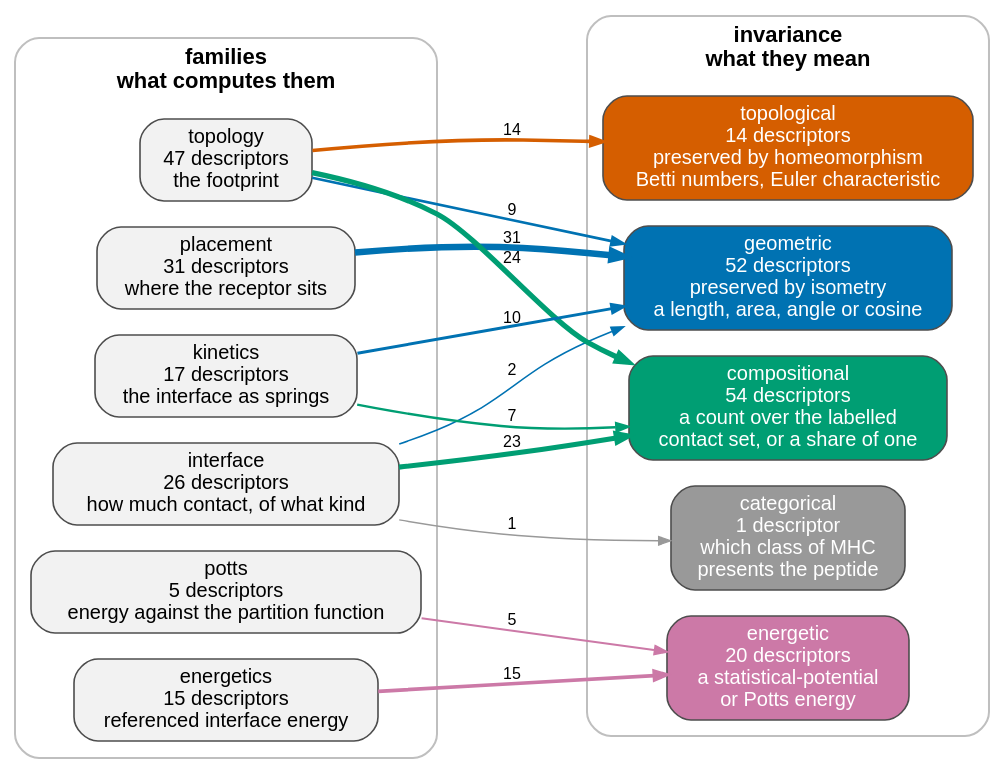
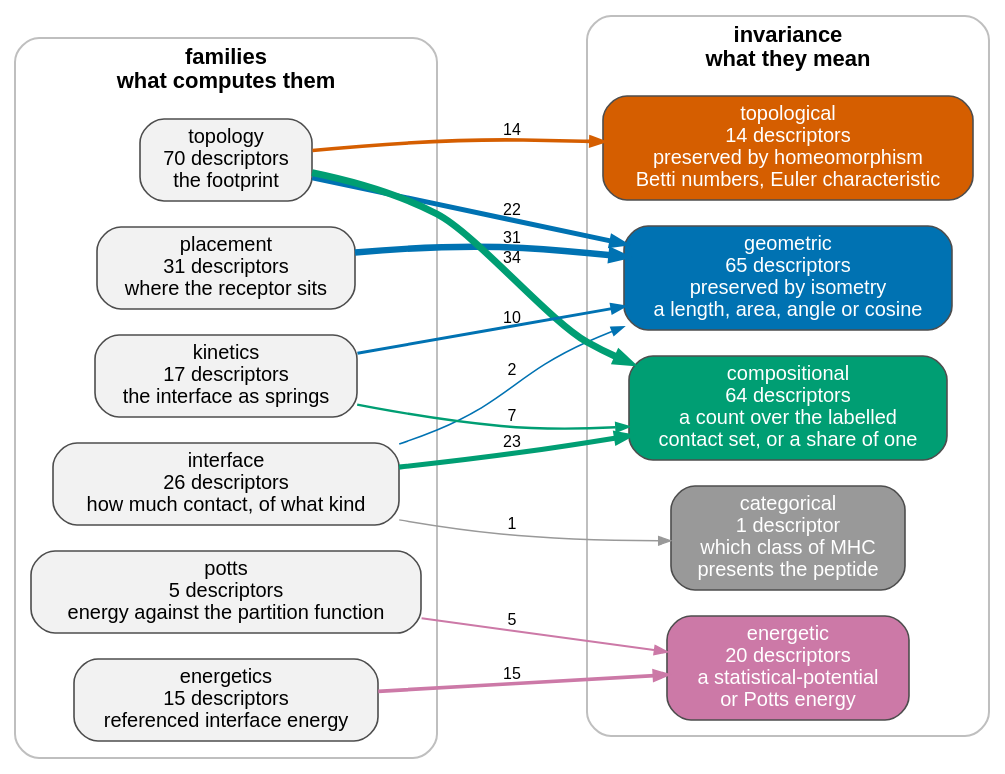
The diagram in docs/_static/descriptor_families.dot (antigenomics/tcren), drawn with Graphviz before and after one commit. The commit also changed 15 other files, not shown here.

```diff
--- a/docs/_static/descriptor_families.dot
+++ b/docs/_static/descriptor_families.dot
@@ -1,42 +1,42 @@
 // GENERATED by scripts/gen_family_graph.py -- do not edit.
 digraph descriptor_families {
   rankdir=LR; bgcolor="transparent"; splines=true; nodesep=0.18; ranksep=1.1;
   node [shape=box, style="rounded,filled", fontname="Helvetica", fontsize=10,
         color="#4D4D4D", penwidth=0.8];
   edge [fontname="Helvetica", fontsize=8, color="#4D4D4D", arrowsize=0.6];
 
   // what produces them: one pass of one command per family
   subgraph cluster_family {
     label="families\nwhat computes them"; fontname="Helvetica-Bold"; fontsize=11;
     color="#BFBFBF"; style=rounded;
     "placement" [fillcolor="#F2F2F2", label="placement\n31 descriptors\nwhere the receptor sits"];
     "interface" [fillcolor="#F2F2F2", label="interface\n26 descriptors\nhow much contact, of what kind"];
-    "topology" [fillcolor="#F2F2F2", label="topology\n47 descriptors\nthe footprint"];
+    "topology" [fillcolor="#F2F2F2", label="topology\n70 descriptors\nthe footprint"];
     "energetics" [fillcolor="#F2F2F2", label="energetics\n15 descriptors\nreferenced interface energy"];
     "potts" [fillcolor="#F2F2F2", label="potts\n5 descriptors\nenergy against the partition function"];
     "kinetics" [fillcolor="#F2F2F2", label="kinetics\n17 descriptors\nthe interface as springs"];
   }
 
   // what they mean: the invariance the quantity is defined up to
   subgraph cluster_class {
     label="invariance\nwhat they mean"; fontname="Helvetica-Bold"; fontsize=11;
     color="#BFBFBF"; style=rounded;
-    "geometric" [fillcolor="#0072B2", fontcolor="white", label="geometric\n52 descriptors\npreserved by isometry\na length, area, angle or cosine"];
+    "geometric" [fillcolor="#0072B2", fontcolor="white", label="geometric\n65 descriptors\npreserved by isometry\na length, area, angle or cosine"];
     "topological" [fillcolor="#D55E00", fontcolor="white", label="topological\n14 descriptors\npreserved by homeomorphism\nBetti numbers, Euler characteristic"];
-    "compositional" [fillcolor="#009E73", fontcolor="white", label="compositional\n54 descriptors\na count over the labelled\ncontact set, or a share of one"];
+    "compositional" [fillcolor="#009E73", fontcolor="white", label="compositional\n64 descriptors\na count over the labelled\ncontact set, or a share of one"];
     "energetic" [fillcolor="#CC79A7", fontcolor="white", label="energetic\n20 descriptors\na statistical-potential\nor Potts energy"];
     "categorical" [fillcolor="#999999", fontcolor="white", label="categorical\n1 descriptor\nwhich class of MHC\npresents the peptide"];
   }
 
   "placement" -> "geometric" [label="31", penwidth=3.20, color="#0072B2"];
   "interface" -> "compositional" [label="23", penwidth=2.53, color="#009E73"];
   "interface" -> "geometric" [label="2", penwidth=0.77, color="#0072B2"];
   "interface" -> "categorical" [label="1", penwidth=0.68, color="#999999"];
-  "topology" -> "compositional" [label="24", penwidth=2.61, color="#009E73"];
+  "topology" -> "compositional" [label="34", penwidth=3.45, color="#009E73"];
+  "topology" -> "geometric" [label="22", penwidth=2.45, color="#0072B2"];
   "topology" -> "topological" [label="14", penwidth=1.77, color="#D55E00"];
-  "topology" -> "geometric" [label="9", penwidth=1.35, color="#0072B2"];
   "energetics" -> "energetic" [label="15", penwidth=1.86, color="#CC79A7"];
   "potts" -> "energetic" [label="5", penwidth=1.02, color="#CC79A7"];
   "kinetics" -> "geometric" [label="10", penwidth=1.44, color="#0072B2"];
   "kinetics" -> "compositional" [label="7", penwidth=1.19, color="#009E73"];
 }
```
